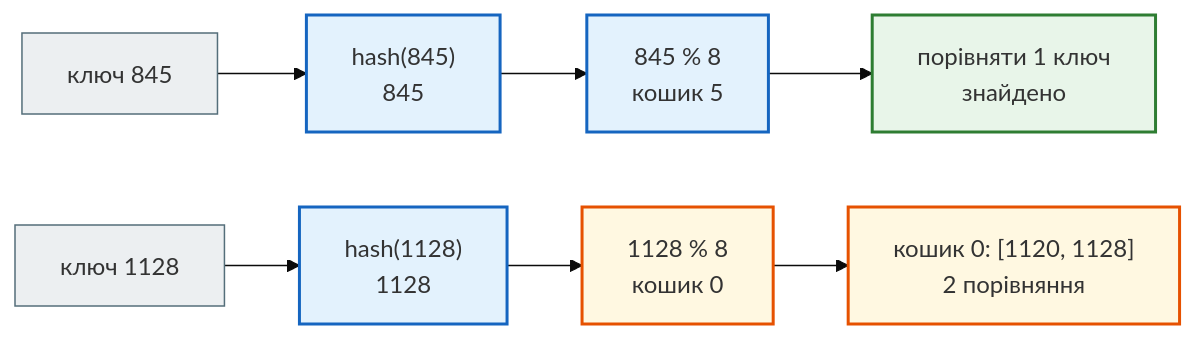
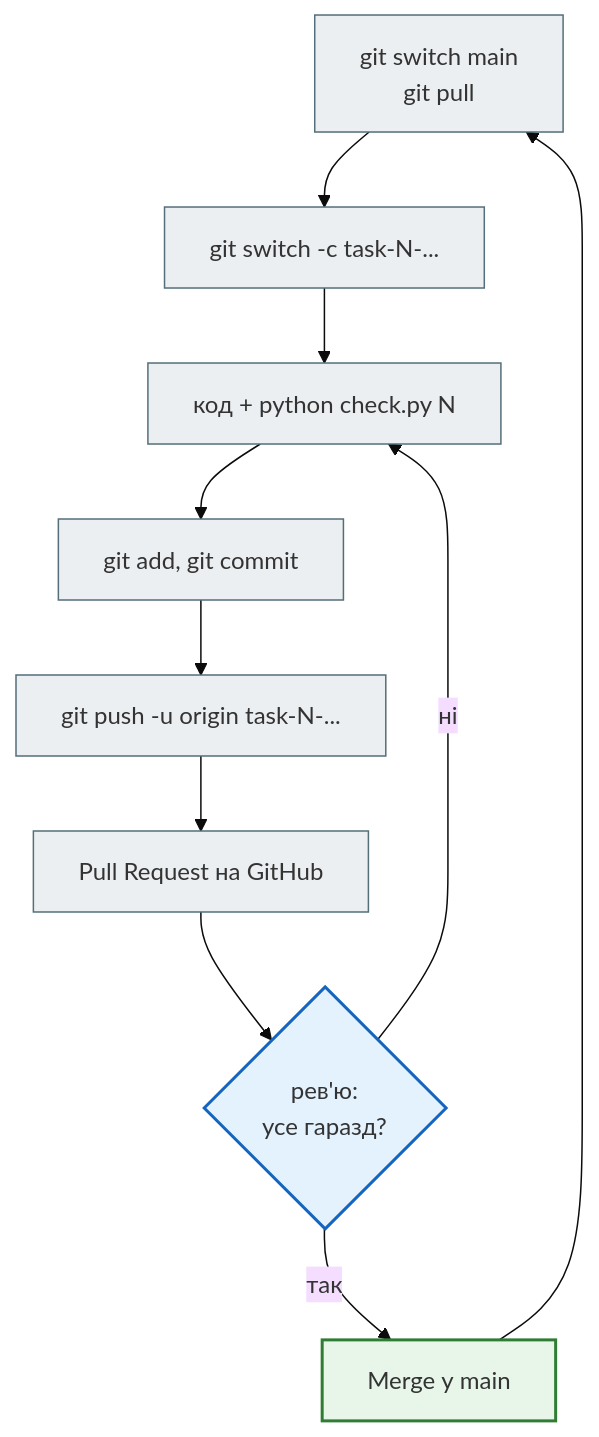
The fourth of 4 diagrams in docs/modules/m1/lesson_16.md (AlinaRadchenko/PY-Course-Victor-Nikoriak-22-09-2026), drawn with Mermaid (base theme) before and after one commit. The commit also changed other lines of this file and 1846 other files, not shown here.

````diff
--- a/docs/modules/m1/lesson_16.md
+++ b/docs/modules/m1/lesson_16.md
@@ -330,17 +312,22 @@
 ```mermaid
-flowchart LR
+flowchart TD
     classDef step     fill:#eceff1,stroke:#546e7a,stroke-width:1px;
     classDef decision fill:#e3f2fd,stroke:#1565c0,stroke-width:2px;
     classDef success  fill:#e8f5e9,stroke:#2e7d32,stroke-width:2px;
     classDef error    fill:#ffebee,stroke:#c62828,stroke-width:3px;
     classDef warning  fill:#fff8e1,stroke:#e65100,stroke-width:2px;
 
-    K["ключ 845"] --> H["hash(845)<br>845"] --> B["845 % 8<br>кошик 5"] --> C["порівняти 1 ключ<br>знайдено"]
-    K2["ключ 1128"] --> H2["hash(1128)<br>1128"] --> B2["1128 % 8<br>кошик 0"] --> C2["кошик 0: [1120, 1128]<br>2 порівняння"]
+    A["git switch main<br>git pull"] --> B["git switch -c task-N-..."]
+    B --> C["код + python check.py N"]
+    C --> D["git add, git commit"]
+    D --> E["git push -u origin task-N-..."]
+    E --> F["Pull Request на GitHub"]
+    F --> G{"рев'ю:<br>усе гаразд?"}
+    G -- ні --> C
+    G -- так --> H["Merge у main"]
+    H --> A
 
-    class K,K2 step
-    class H,H2,B decision
-    class B2 warning
-    class C success
-    class C2 warning
+    class A,B,C,D,E,F step
+    class G decision
+    class H success
 ```
````
